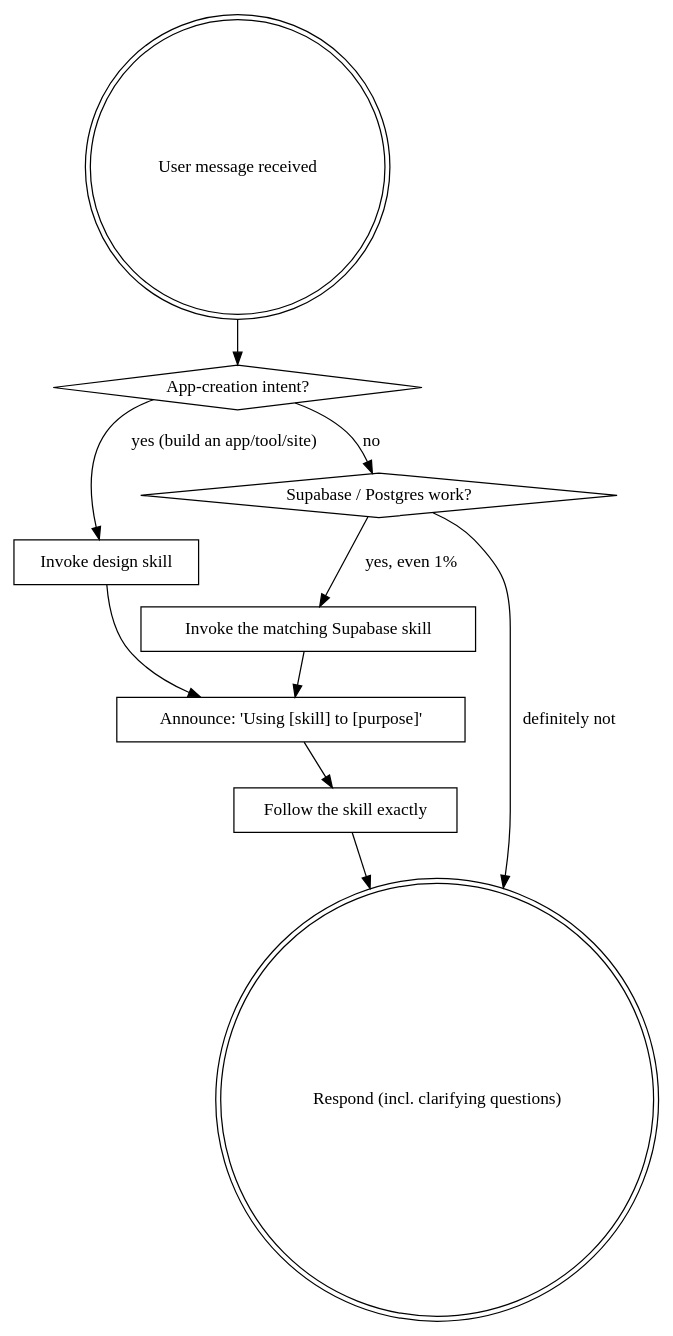
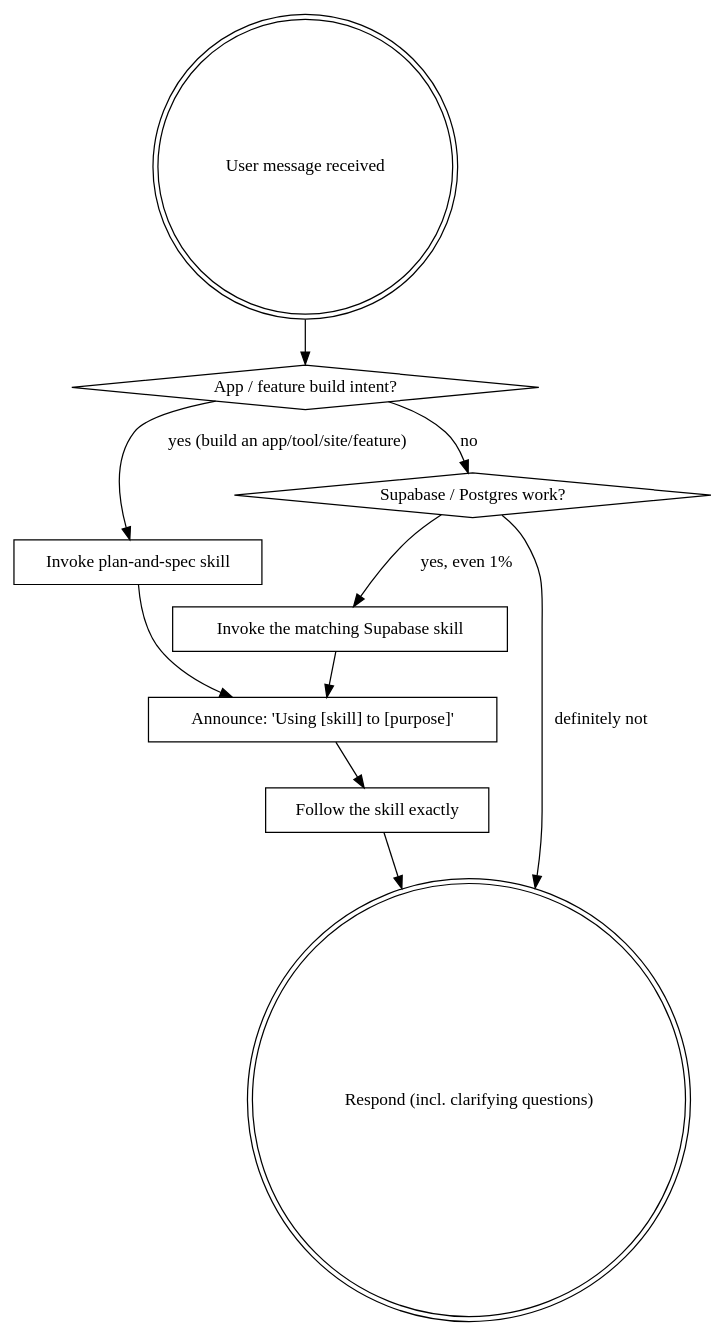
The diagram in skills/using-designer-workflow/SKILL.md (potenlab/designer-workflow), drawn with Graphviz before and after one commit. The commit also changed other lines of this file and 8 other files, not shown here.

First line of the commit message:
feat: add plan-and-spec + goal-loop pipeline (plan → confirm → autonomous build)

````diff
--- a/skills/using-designer-workflow/SKILL.md
+++ b/skills/using-designer-workflow/SKILL.md
@@ -68,22 +70,24 @@
 ```dot
 digraph dw_flow {
     "User message received" [shape=doublecircle];
-    "App-creation intent?" [shape=diamond];
-    "Invoke design skill" [shape=box];
+    "App / feature build intent?" [shape=diamond];
+    "Invoke plan-and-spec skill" [shape=box];
     "Supabase / Postgres work?" [shape=diamond];
     "Invoke the matching Supabase skill" [shape=box];
     "Announce: 'Using [skill] to [purpose]'" [shape=box];
     "Follow the skill exactly" [shape=box];
     "Respond (incl. clarifying questions)" [shape=doublecircle];
 
-    "User message received" -> "App-creation intent?";
-    "App-creation intent?" -> "Invoke design skill" [label="yes (build an app/tool/site)"];
-    "App-creation intent?" -> "Supabase / Postgres work?" [label="no"];
-    "Invoke design skill" -> "Announce: 'Using [skill] to [purpose]'";
+    "User message received" -> "App / feature build intent?";
+    "App / feature build intent?" -> "Invoke plan-and-spec skill" [label="yes (build an app/tool/site/feature)"];
+    "App / feature build intent?" -> "Supabase / Postgres work?" [label="no"];
+    "Invoke plan-and-spec skill" -> "Announce: 'Using [skill] to [purpose]'";
     "Supabase / Postgres work?" -> "Invoke the matching Supabase skill" [label="yes, even 1%"];
     "Supabase / Postgres work?" -> "Respond (incl. clarifying questions)" [label="definitely not"];
     "Invoke the matching Supabase skill" -> "Announce: 'Using [skill] to [purpose]'";
     "Announce: 'Using [skill] to [purpose]'" -> "Follow the skill exactly";
     "Follow the skill exactly" -> "Respond (incl. clarifying questions)";
 }
+// plan-and-spec then drives the rest: clarify → confirm → spec + issues →
+// on "correct" → goal-loop → design (per story) → verify-in-browser → PR.
 ```
````
